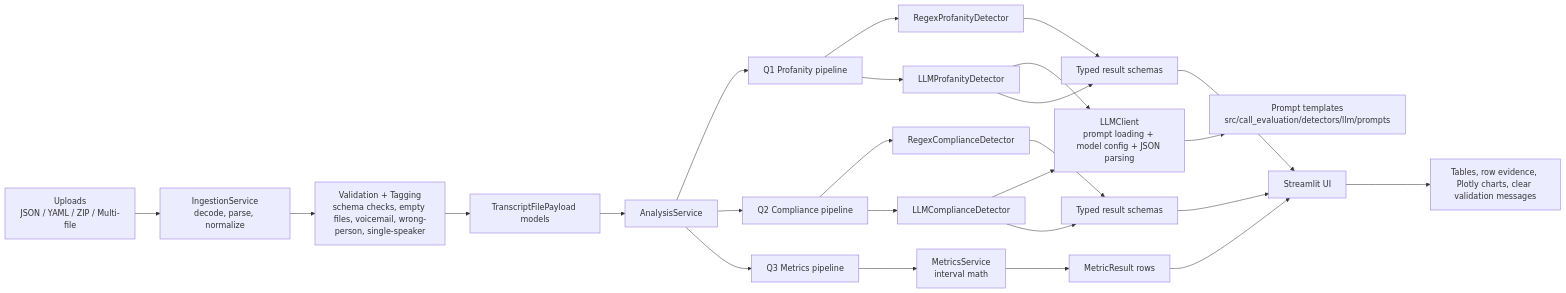
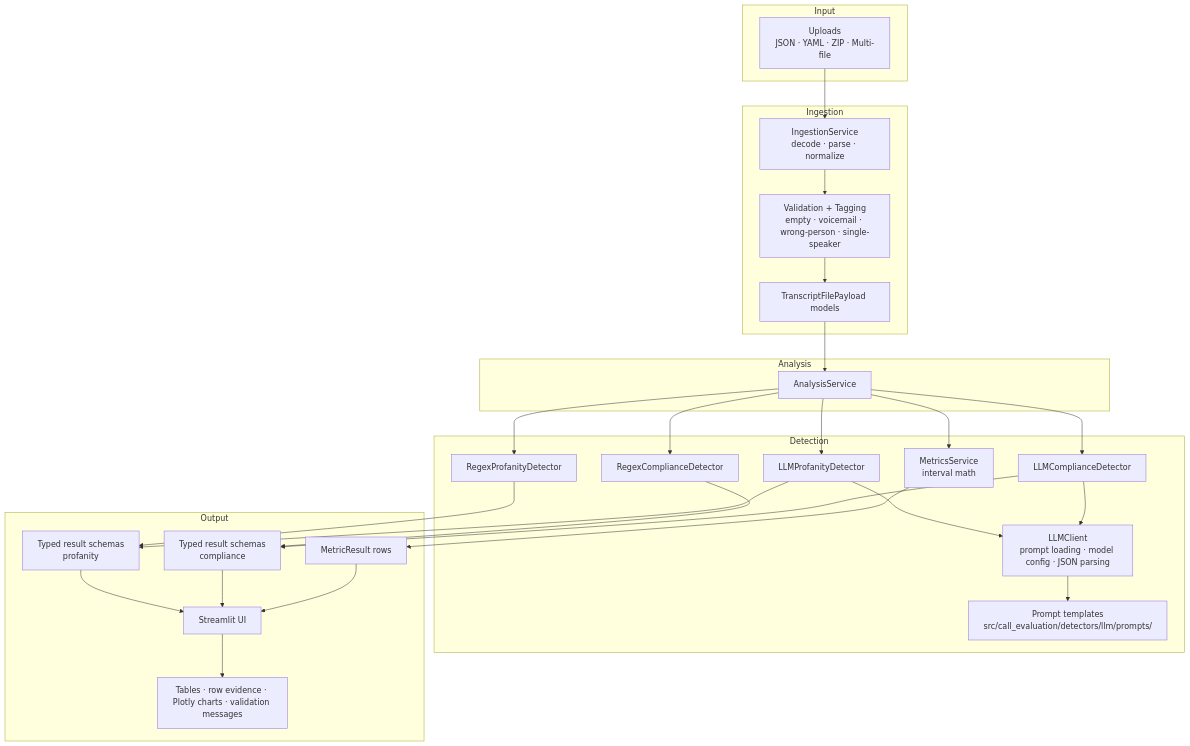
Before and after one commit to VedanshPaliwal88/call-evaluation-engine: the diagram in docs/architecture.md, drawn with Mermaid. The commit also changed 1 other file, not shown here.

Commit message:
fix: annotator improvements — checkboxes, edge case editor, diagram
- Change 1: replace st.radio for profanity/violation fields with st.checkbox;
  bool converted to yes/no string on CSV write; all selectbox enum options unchanged
- Change 2: add _render_edge_case_editor expander below annotation form;
  shows editable JSON text area pre-populated with current file, configurable
  filename (default edgecase_<original>), validates JSON before saving to
  All_Conversations/; new file appears in unannotated pool next session
- Change 3: rewrite architecture diagram in docs/architecture.md using graph TD
  layout with five named subgraphs (Input, Ingestion, Analysis, Detection,
  Output); all original nodes and edges preserved, no nested subgraphs

````diff
--- a/docs/architecture.md
+++ b/docs/architecture.md
@@ -34,32 +34,56 @@
 ```mermaid
-flowchart LR
-    A["Uploads<br/>JSON / YAML / ZIP / Multi-file"] --> B["IngestionService<br/>decode, parse, normalize"]
-    B --> C["Validation + Tagging<br/>schema checks, empty files, voicemail, wrong-person, single-speaker"]
-    C --> D["TranscriptFilePayload models"]
+graph TD
+    subgraph Input["Input"]
+        A["Uploads<br/>JSON · YAML · ZIP · Multi-file"]
+    end
 
-    D --> E["AnalysisService"]
+    subgraph Ingestion["Ingestion"]
+        B["IngestionService<br/>decode · parse · normalize"]
+        C["Validation + Tagging<br/>empty · voicemail · wrong-person · single-speaker"]
+        D["TranscriptFilePayload models"]
+    end
 
-    E --> F["Q1 Profanity pipeline"]
-    E --> G["Q2 Compliance pipeline"]
-    E --> H["Q3 Metrics pipeline"]
+    subgraph Analysis["Analysis"]
+        E["AnalysisService"]
+    end
 
-    F --> F1["RegexProfanityDetector"]
-    F --> F2["LLMProfanityDetector"]
-    G --> G1["RegexComplianceDetector"]
-    G --> G2["LLMComplianceDetector"]
-    F2 --> L["LLMClient<br/>prompt loading + model config + JSON parsing"]
+    subgraph Detection["Detection"]
+        F1["RegexProfanityDetector"]
+        F2["LLMProfanityDetector"]
+        G1["RegexComplianceDetector"]
+        G2["LLMComplianceDetector"]
+        H["MetricsService<br/>interval math"]
+        L["LLMClient<br/>prompt loading · model config · JSON parsing"]
+        P["Prompt templates<br/>src/call_evaluation/detectors/llm/prompts/"]
+    end
+
+    subgraph Output["Output"]
+        O1["Typed result schemas<br/>profanity"]
+        O2["Typed result schemas<br/>compliance"]
+        O3["MetricResult rows"]
+        U["Streamlit UI"]
+        V["Tables · row evidence · Plotly charts · validation messages"]
+    end
+
+    A --> B
+    B --> C
+    C --> D
+    D --> E
+    E --> F1
+    E --> F2
+    E --> G1
+    E --> G2
+    E --> H
+    F2 --> L
     G2 --> L
-    L --> P["Prompt templates<br/>src/call_evaluation/detectors/llm/prompts"]
-
-    F1 --> O1["Typed result schemas"]
+    L --> P
+    F1 --> O1
     F2 --> O1
-    G1 --> O2["Typed result schemas"]
+    G1 --> O2
     G2 --> O2
-    H --> M["MetricsService<br/>interval math"]
-    M --> O3["MetricResult rows"]
-
-    O1 --> U["Streamlit UI"]
+    H --> O3
+    O1 --> U
     O2 --> U
     O3 --> U
-    U --> V["Tables, row evidence, Plotly charts, clear validation messages"]
+    U --> V
 ```
````
